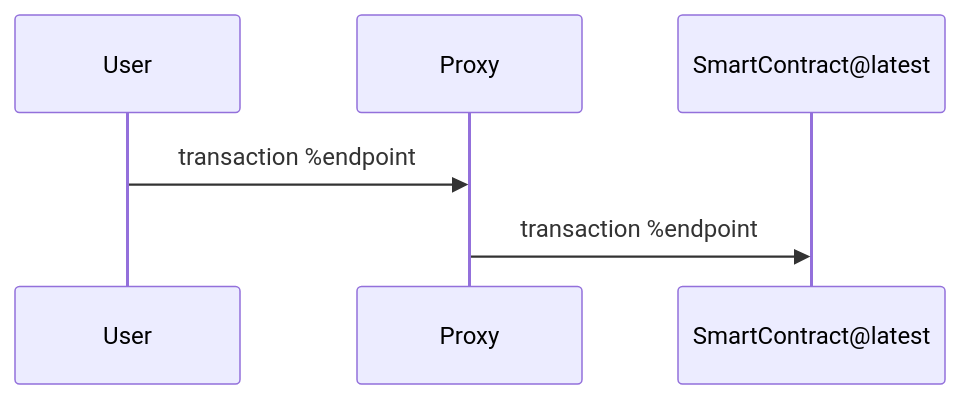
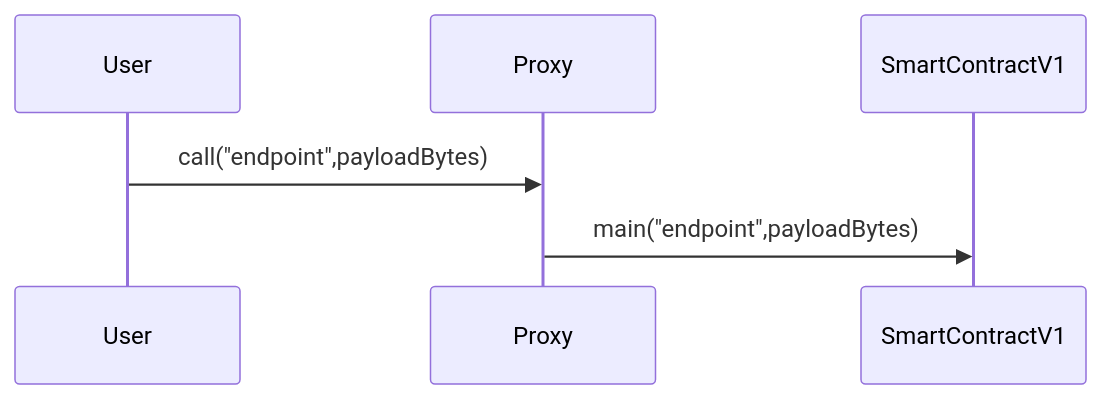
Before and after one commit to marigold-dev/training-dapp-4: the sixth of 7 diagrams in README.md, drawn with Mermaid. The commit also changed other lines of this file, not shown here.

Commit message:
update flow

````diff
--- a/README.md
+++ b/README.md
@@ -282,5 +284,5 @@
 ```mermaid
 sequenceDiagram
-  User->>Proxy: transaction %endpoint
-  Proxy->>SmartContract@latest: transaction %endpoint
+  User->>Proxy: call("endpoint",payloadBytes)
+  Proxy->>SmartContractV1: main("endpoint",payloadBytes)
 ```
````
